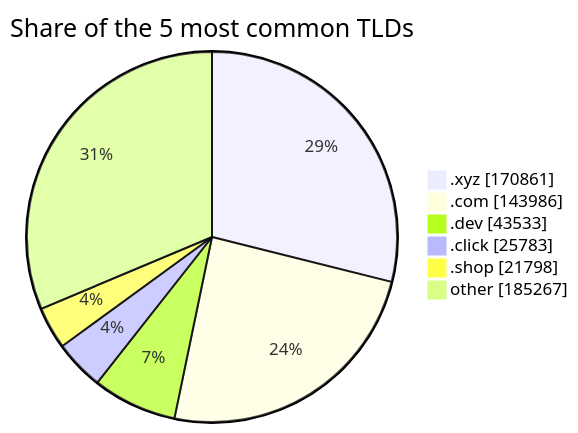
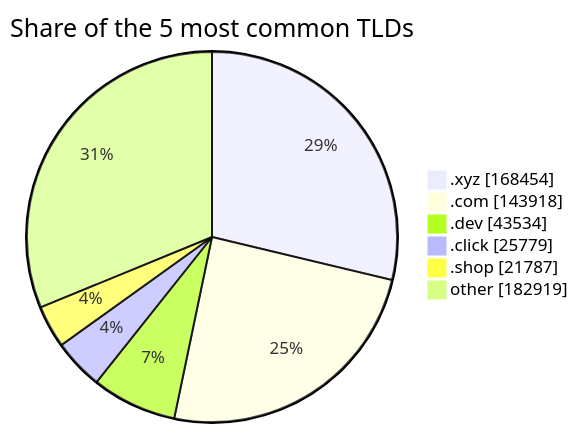
One commit to DNSBunker/CTI changed the third of 3 diagrams in README.md. Above: the diagram before and after it, drawn with Mermaid. The commit also changed other lines of this file and 3 other files, not shown here.

````diff
--- a/README.md
+++ b/README.md
@@ -81,9 +81,9 @@
 ```mermaid
 pie showData title Share of the 5 most common TLDs
-    ".xyz" : 170861
-    ".com" : 143986
-    ".dev" : 43533
-    ".click" : 25783
-    ".shop" : 21798
-    "other" : 185267
+    ".xyz" : 168454
+    ".com" : 143918
+    ".dev" : 43534
+    ".click" : 25779
+    ".shop" : 21787
+    "other" : 182919
 ```
````
